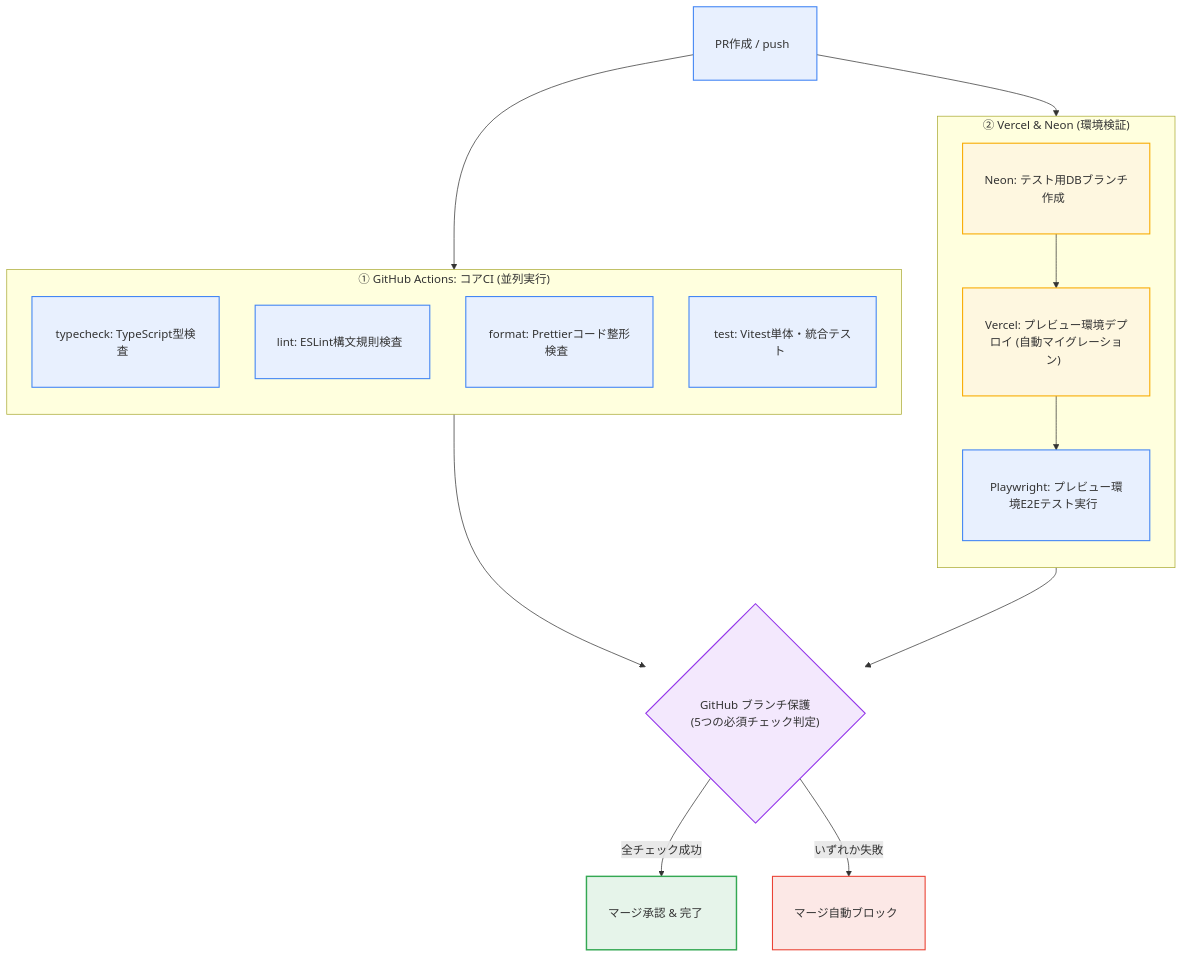
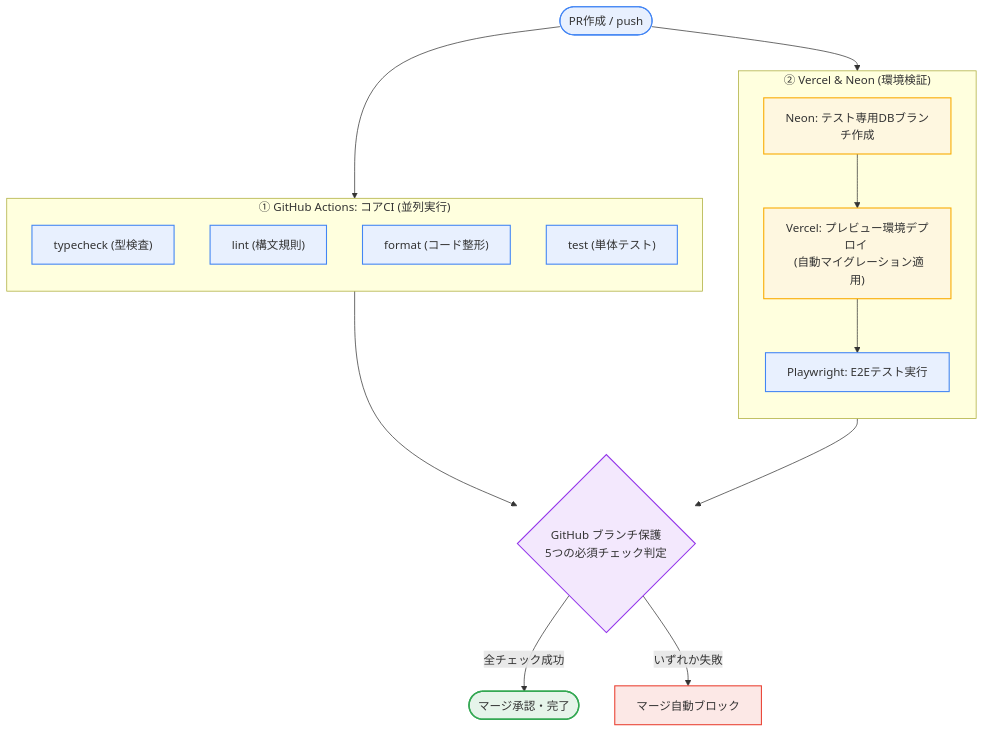
Before and after one commit to asaborian/material-request: the first of 2 diagrams in README.md, drawn with Mermaid.

Commit message:
docs: Mermaid図の記述を最初のシンプルな記述に戻す

````diff
--- a/README.md
+++ b/README.md
@@ -28,37 +28,38 @@
 ```mermaid
 flowchart TD
-    %% 有効な padding でノードの内側に安全な余白を確保する
-    classDef test fill:#e8f0fe,stroke:#4285f4,stroke-width:1.5px,padding:8px 16px;
-    classDef db fill:#fef7e0,stroke:#f9ab00,stroke-width:1.5px,padding:8px 16px;
-    classDef gate fill:#f3e8fd,stroke:#9334ea,stroke-width:1.5px,padding:8px 16px;
-    classDef ok fill:#e6f4ea,stroke:#34a853,stroke-width:2px,padding:10px 20px;
-    classDef ng fill:#fce8e6,stroke:#ea4335,stroke-width:1.5px,padding:8px 16px;
+    classDef test fill:#e8f0fe,stroke:#4285f4,stroke-width:1.5px;
+    classDef db fill:#fef7e0,stroke:#f9ab00,stroke-width:1.5px;
+    classDef gate fill:#f3e8fd,stroke:#9334ea,stroke-width:1.5px;
+    classDef ok fill:#e6f4ea,stroke:#34a853,stroke-width:2px;
+    classDef ng fill:#fce8e6,stroke:#ea4335,stroke-width:1.5px;
 
-    PR["PR作成 / push&nbsp;&nbsp;"]:::test
+    PR(["PR作成 / push"]):::test
 
+    %% 並列で走る2大パイプライン
     subgraph CI [" ① GitHub Actions: コアCI (並列実行) "]
         direction TB
-        TC["typecheck: TypeScript型検査&nbsp;&nbsp;"]:::test
-        LINT["lint: ESLint構文規則検査&nbsp;&nbsp;"]:::test
-        FMT["format: Prettierコード整形検査&nbsp;&nbsp;"]:::test
-        UNIT["test: Vitest単体・統合テスト&nbsp;&nbsp;"]:::test
+        TC["typecheck (型検査)"]:::test
+        LINT["lint (構文規則)"]:::test
+        FMT["format (コード整形)"]:::test
+        UNIT["test (単体テスト)"]:::test
     end
 
     subgraph PREVIEW [" ② Vercel & Neon (環境検証) "]
         direction TB
-        NEON["Neon: テスト用DBブランチ作成&nbsp;&nbsp;"]:::db
-        VERCEL["Vercel: プレビュー環境デプロイ (自動マイグレーション)&nbsp;&nbsp;"]:::db
-        E2E["Playwright: プレビュー環境E2Eテスト実行&nbsp;&nbsp;"]:::test
+        NEON["Neon: テスト専用DBブランチ作成"]:::db
+        VERCEL["Vercel: プレビュー環境デプロイ <br> (自動マイグレーション適用)"]:::db
+        E2E["Playwright: E2Eテスト実行"]:::test
         NEON --> VERCEL --> E2E
     end
 
     PR --> CI
     PR --> PREVIEW
 
-    GATE{"GitHub ブランチ保護<br>(5つの必須チェック判定)"}:::gate
+    %% 合流してゲート判定
+    GATE{"GitHub ブランチ保護 <br> 5つの必須チェック判定"}:::gate
     CI --> GATE
     E2E --> GATE
 
-    GATE -->|全チェック成功| PASS["マージ承認 & 完了&nbsp;&nbsp;&nbsp;&nbsp;"]:::ok
-    GATE -->|いずれか失敗| FAIL["マージ自動ブロック&nbsp;&nbsp;"]:::ng
+    GATE -->|全チェック成功| PASS(["マージ承認・完了"]):::ok
+    GATE -->|いずれか失敗| FAIL["マージ自動ブロック"]:::ng
 ```
````
